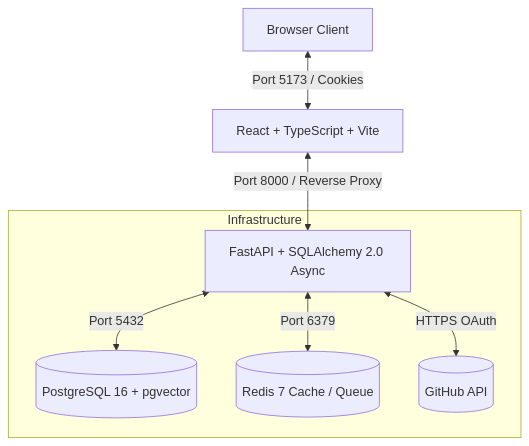
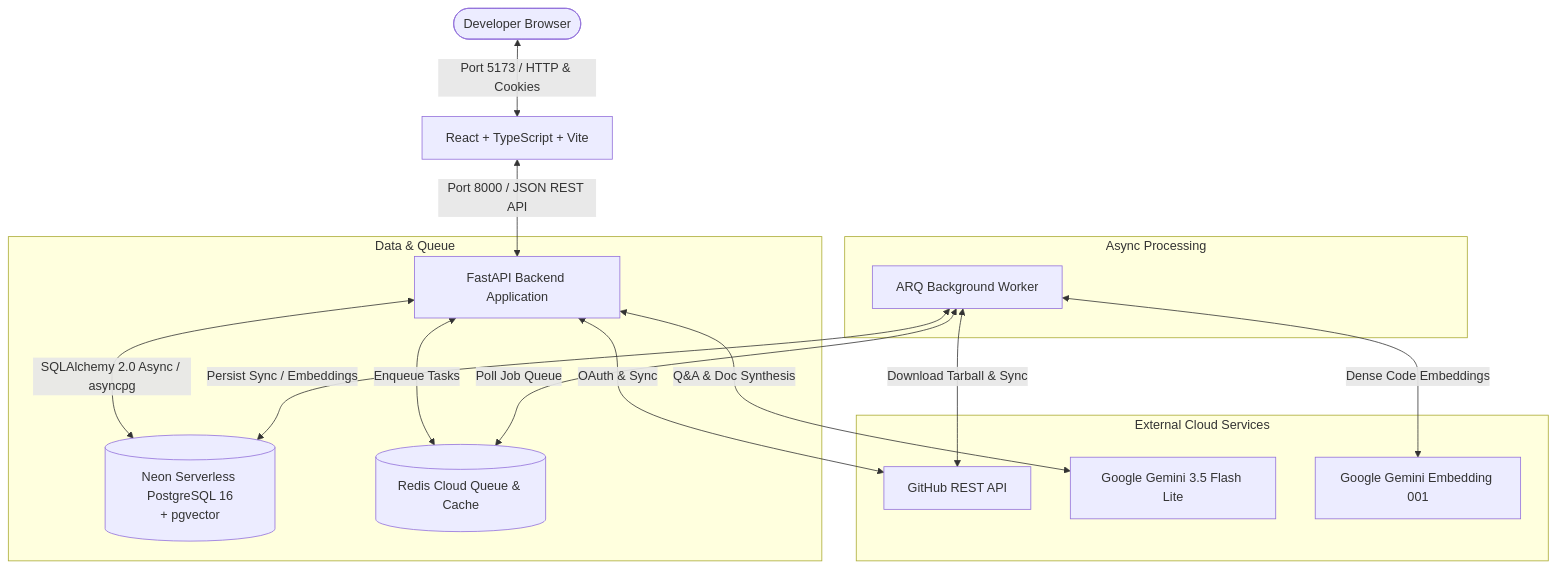
One commit to avanthikasreejith8923-a11y/repo-cartographer changed the diagram in README.md. Above: the diagram before and after it, drawn with Mermaid. The commit also changed other lines of this file, not shown here.

Commit message:
docs: rewrite README with architecture diagram, setup, and troubleshooting

````diff
--- a/README.md
+++ b/README.md
@@ -9,11 +26,22 @@
 ```mermaid
 graph TD
-    Client[Browser Client] <-->|Port 5173 / Cookies| Frontend[React + TypeScript + Vite]
-    Frontend <-->|Port 8000 / Reverse Proxy| Backend[FastAPI + SQLAlchemy 2.0 Async]
+    Browser([Developer Browser]) <-->|Port 5173 / HTTP & Cookies| Frontend[React + TypeScript + Vite]
+    Frontend <-->|Port 8000 / JSON REST API| Backend[FastAPI Backend Application]
     
-    subgraph Infrastructure
-        Backend <-->|Port 5432| DB[(PostgreSQL 16 + pgvector)]
-        Backend <-->|Port 6379| Redis[(Redis 7 Cache / Queue)]
-        Backend <-->|HTTPS OAuth| GitHub[(GitHub API)]
+    subgraph Data & Queue
+        Backend <-->|SQLAlchemy 2.0 Async / asyncpg| Postgres[(Neon Serverless PostgreSQL 16<br/>+ pgvector)]
+        Backend <-->|Enqueue Tasks| Redis[(Redis Cloud Queue & Cache)]
+    end
+
+    subgraph Async Processing
+        Worker[ARQ Background Worker] <-->|Poll Job Queue| Redis
+        Worker <-->|Persist Sync / Embeddings| Postgres
+    end
+
+    subgraph External Cloud Services
+        Backend <-->|OAuth & Sync| GitHubAPI[GitHub REST API]
+        Worker <-->|Download Tarball & Sync| GitHubAPI
+        Backend <-->|Q&A & Doc Synthesis| GeminiAPI[Google Gemini 3.5 Flash Lite]
+        Worker <-->|Dense Code Embeddings| GeminiEmbed[Google Gemini Embedding 001]
     end
 ```
````
